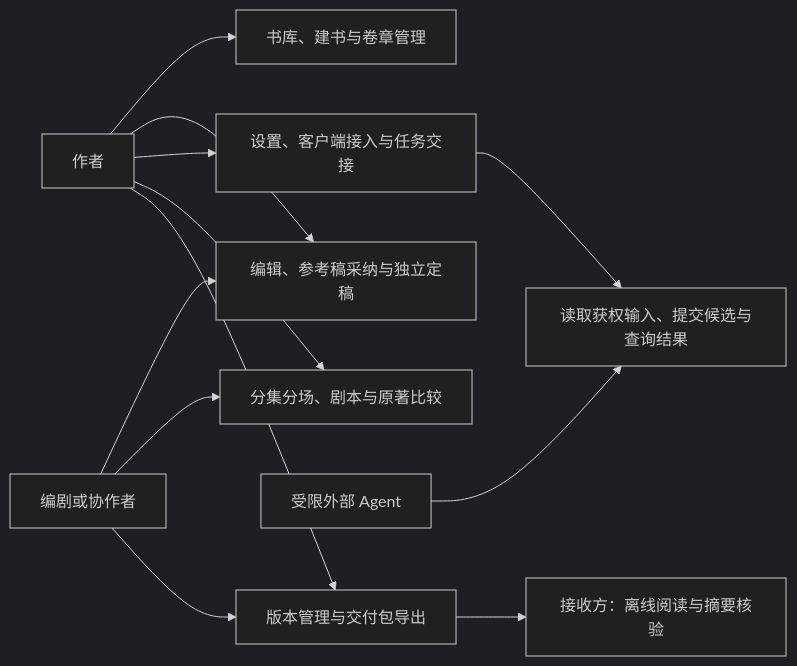
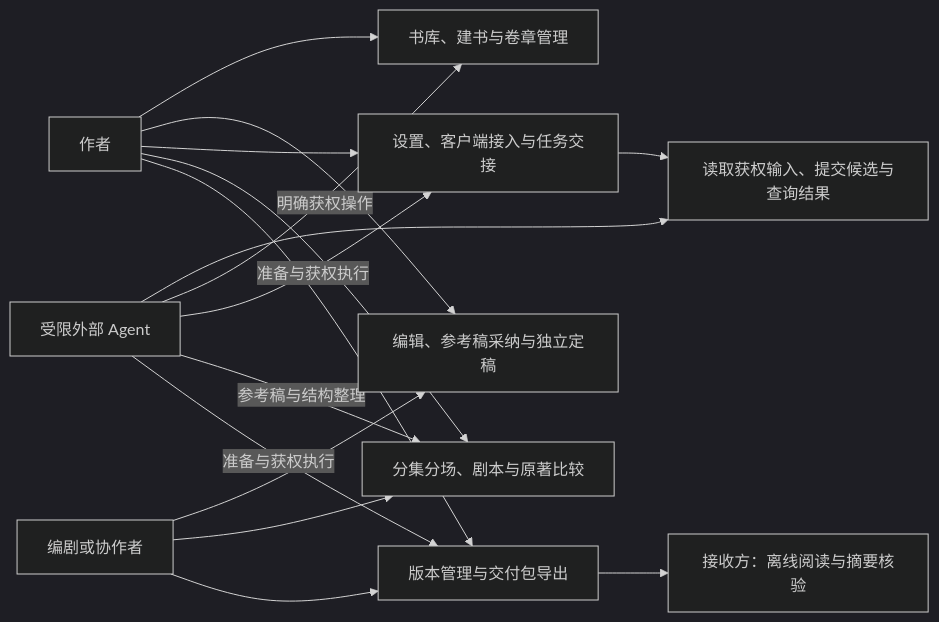
The diagram in docs/26-用户故事与用例.md (limecloud/hetu), drawn with Mermaid (dark theme) before and after one commit. The commit also changed other lines of this file and 993 other files, not shown here.

````diff
--- a/docs/26-用户故事与用例.md
+++ b/docs/26-用户故事与用例.md
@@ -14,14 +14,18 @@
 ```mermaid
 flowchart LR
     author["作者"] --> library["书库、建书与卷章管理"]
     author --> writing["编辑、参考稿采纳与独立定稿"]
     author --> setup["设置、客户端接入与任务交接"]
     writer["编剧或协作者"] --> writing
     writer --> drama["分集分场、剧本与原著比较"]
     author --> drama
     agent["受限外部 Agent"] --> collaboration["读取获权输入、提交候选与查询结果"]
+    agent -->|"明确获权操作"| library
+    agent -->|"准备与获权执行"| setup
+    agent -->|"参考稿与结构整理"| drama
+    agent -->|"准备与获权执行"| delivery
     setup --> collaboration
     author --> delivery["版本管理与交付包导出"]
     writer --> delivery
     delivery --> recipient["接收方：离线阅读与摘要核验"]
 ```
````
